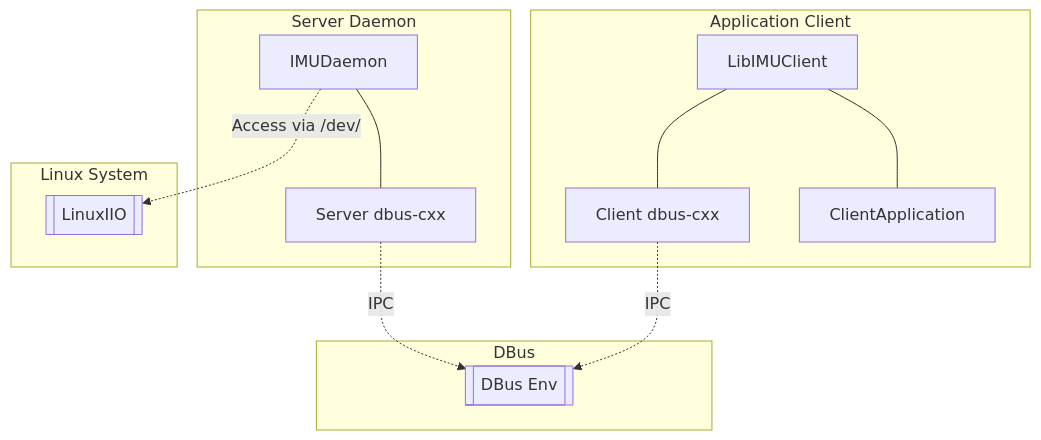
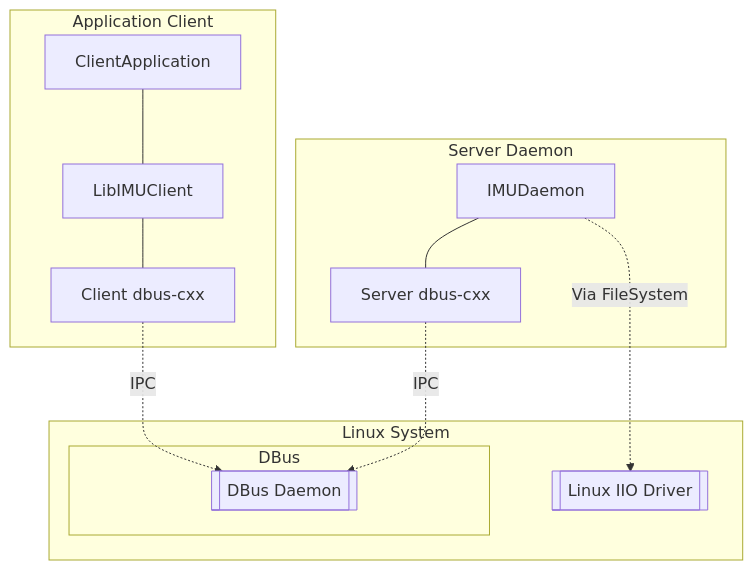
Before and after one commit to caiotoledo/imu-rpc: the diagram in README.md, drawn with Mermaid.

Commit message:
Improve System Diagram Layout

````diff
--- a/README.md
+++ b/README.md
@@ -16,17 +16,17 @@
 ```mermaid
 graph TD
   subgraph Server Daemon
     IMUDaemon---id2[Server dbus-cxx]
   end
   subgraph Application Client
     LibIMUClient---id3[Client dbus-cxx]
-    LibIMUClient---ClientApplication
+    ClientApplication---LibIMUClient
   end
   subgraph Linux System
-    IMUDaemon-.->|Access via /dev/|id4[[LinuxIIO]]
-  end
-  subgraph DBus
-    id2-.->|IPC|id1[[DBus Env]]
-    id3-.->|IPC|id1[[DBus Env]]
+    IMUDaemon-.->|Via FileSystem|id4[[Linux IIO Driver]]
+    subgraph DBus
+      id2-.->|IPC|id1[[DBus Daemon]]
+      id3-.->|IPC|id1[[DBus Daemon]]
+    end
   end
 ```
````
